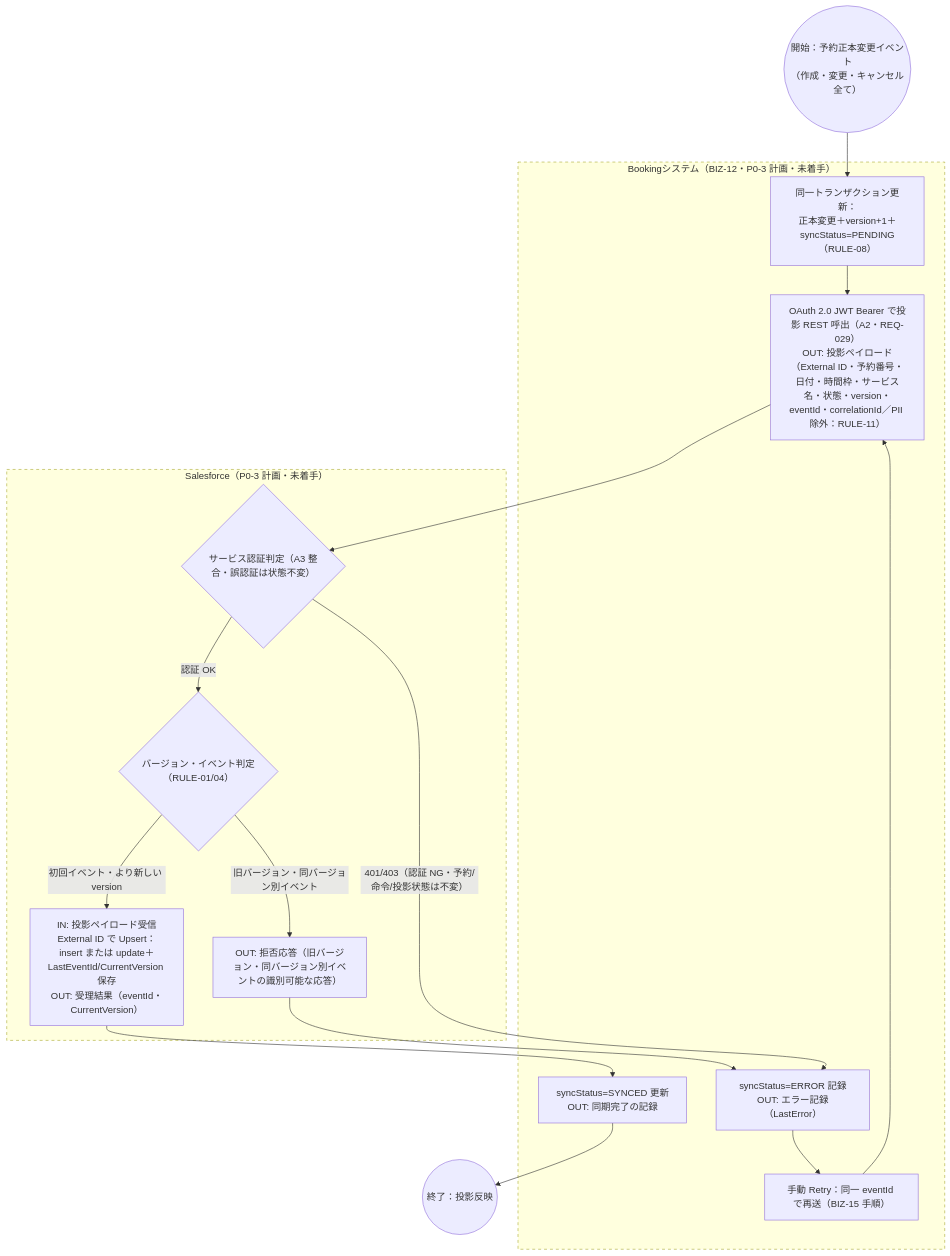
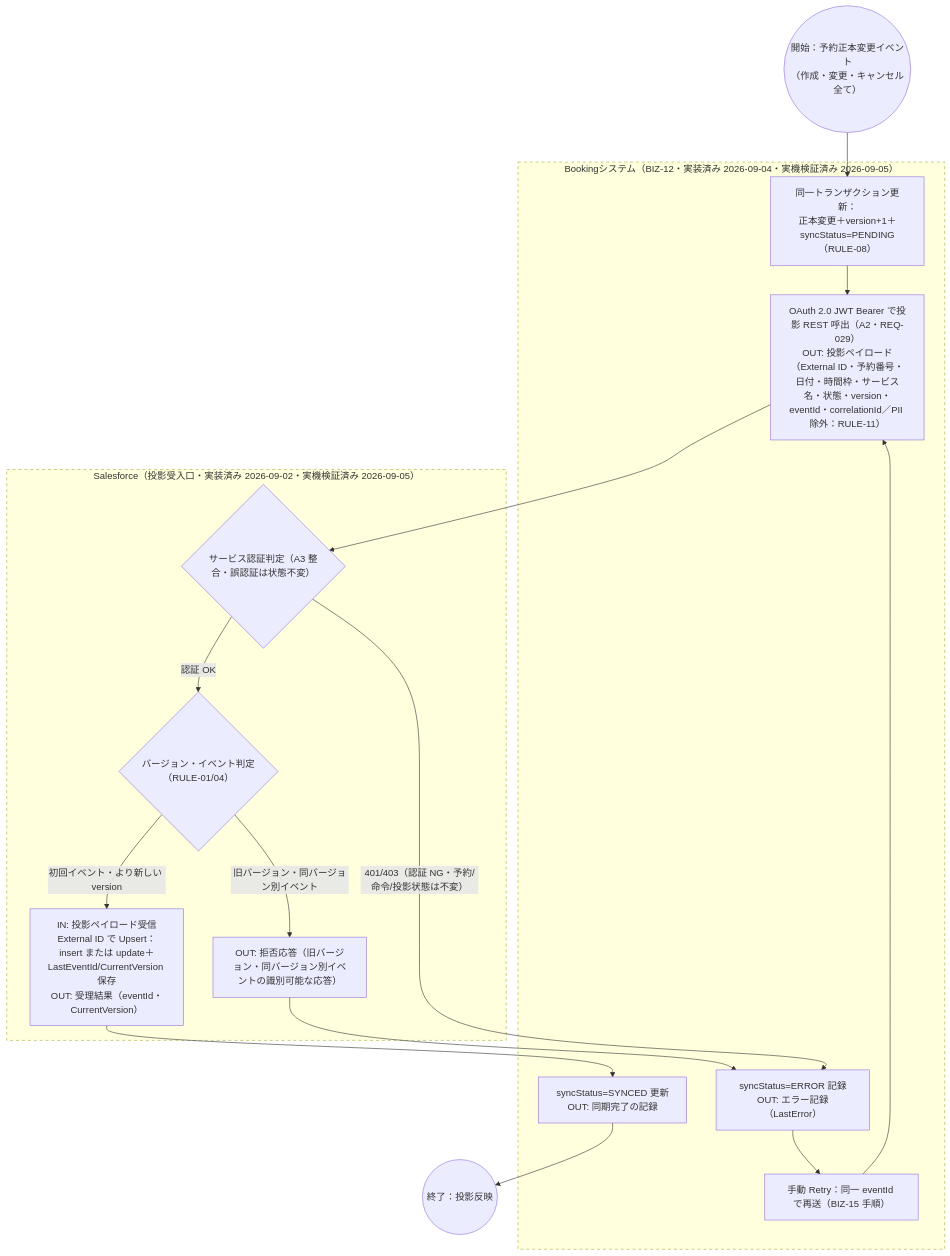
Before and after one commit to Cho-Geer/chogeer: the fifth of 7 diagrams in docs/asset/requirement-definition/04_業務フロー.md, drawn with Mermaid. The commit also changed other lines of this file and 13 other files, not shown here.

````diff
--- a/docs/asset/requirement-definition/04_業務フロー.md
+++ b/docs/asset/requirement-definition/04_業務フロー.md
@@ -148,27 +148,27 @@
 ```mermaid
 flowchart TB
     ST5(("開始：予約正本変更イベント<br/>（作成・変更・キャンセル全て）"))
-    subgraph SYS5["Bookingシステム（BIZ-12・P0-3 計画・未着手）"]
+    subgraph SYS5["Bookingシステム（BIZ-12・実装済み 2026-09-04・実機検証済み 2026-09-05）"]
         TX5["同一トランザクション更新：<br/>正本変更＋version+1＋syncStatus=PENDING（RULE-08）"]
         CALL5["OAuth 2.0 JWT Bearer で投影 REST 呼出（A2・REQ-029）<br/>OUT: 投影ペイロード（External ID・予約番号・日付・時間枠・サービス名・状態・version・eventId・correlationId／PII 除外：RULE-11）"]
         UPDS5["syncStatus=SYNCED 更新<br/>OUT: 同期完了の記録"]
         ERR5["syncStatus=ERROR 記録<br/>OUT: エラー記録（LastError）"]
         RETRY5["手動 Retry：同一 eventId で再送（BIZ-15 手順）"]
     end
-    subgraph SF5["Salesforce（P0-3 計画・未着手）"]
+    subgraph SF5["Salesforce（投影受入口・実装済み 2026-09-02・実機検証済み 2026-09-05）"]
         AUTH5{"サービス認証判定（A3 整合・誤認証は状態不変）"}
         VER5{"バージョン・イベント判定<br/>（RULE-01/04）"}
         UPSERT5["IN: 投影ペイロード受信<br/>External ID で Upsert：<br/>insert または update＋LastEventId/CurrentVersion 保存<br/>OUT: 受理結果（eventId・CurrentVersion）"]
         REJECT5["OUT: 拒否応答（旧バージョン・同バージョン別イベントの識別可能な応答）"]
     end
     EN5(("終了：投影反映"))
 
     ST5 --> TX5 --> CALL5 --> AUTH5
     AUTH5 -->|"認証 OK"| VER5
     AUTH5 -->|"401/403（認証 NG・予約/命令/投影状態は不変）"| ERR5
     VER5 -->|"初回イベント・より新しい version"| UPSERT5 --> UPDS5 --> EN5
     VER5 -->|"旧バージョン・同バージョン別イベント"| REJECT5 --> ERR5
     ERR5 --> RETRY5 --> CALL5
     style SYS5 stroke-dasharray: 5 5
     style SF5 stroke-dasharray: 5 5
 ```
````
